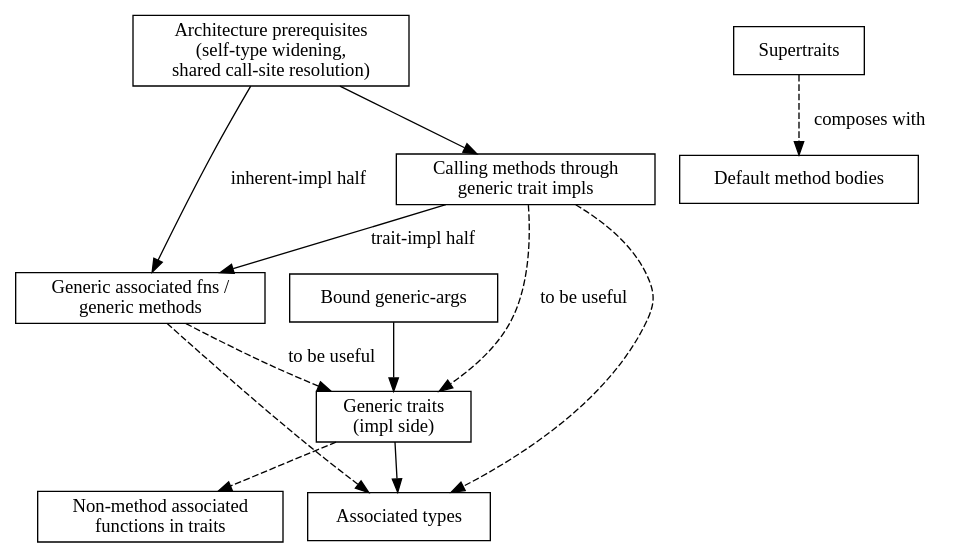
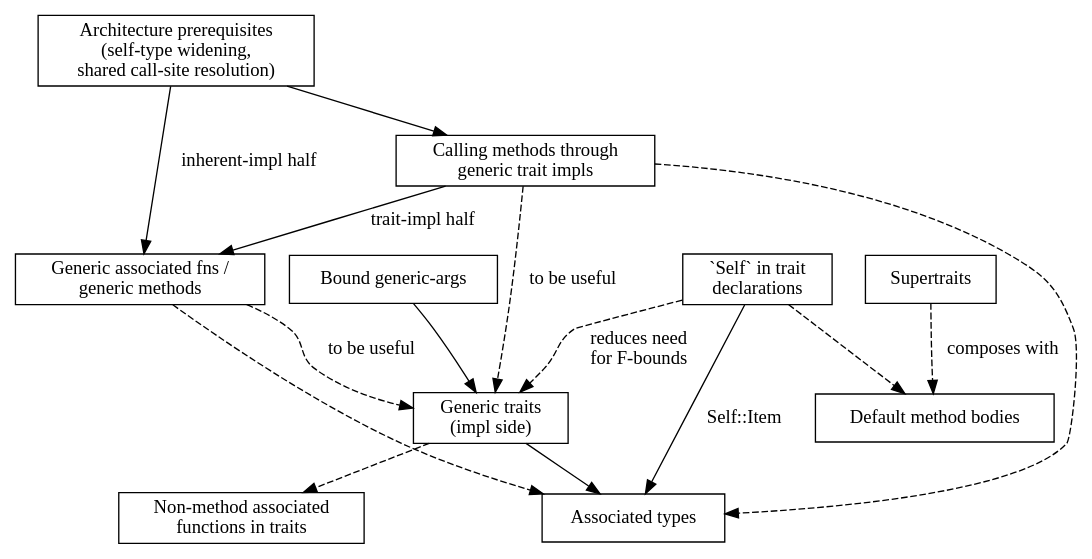
The diagram in docs/superpowers/specs/2026-08-08-generics-traits-gap-assessment-design.md (jonathanhaigh/leech), drawn with Graphviz before and after one commit. The commit also changed other lines of this file, not shown here.

First line of the commit message:
Add "Self in trait declarations" to the generics/traits roadmap

````diff
--- a/docs/superpowers/specs/2026-08-08-generics-traits-gap-assessment-design.md
+++ b/docs/superpowers/specs/2026-08-08-generics-traits-gap-assessment-design.md
@@ -555,28 +651,32 @@
 ```dot
 digraph gaps {
     rankdir=TB;
     node [shape=box];
 
     bound_args [label="Bound generic-args"];
+    self_typ [label="`Self` in trait\ndeclarations"];
     arch [label="Architecture prerequisites\n(self-type widening,\nshared call-site resolution)"];
     call_generic_impl [label="Calling methods through\ngeneric trait impls"];
     generic_methods [label="Generic associated fns /\ngeneric methods"];
     generic_traits [label="Generic traits\n(impl side)"];
     supertraits [label="Supertraits"];
     default_bodies [label="Default method bodies"];
     nonmethod_assoc [label="Non-method associated\nfunctions in traits"];
     assoc_types [label="Associated types"];
 
     arch -> call_generic_impl;
     call_generic_impl -> generic_methods [label="trait-impl half"];
     arch -> generic_methods [label="inherent-impl half"];
     bound_args -> generic_traits;
     call_generic_impl -> generic_traits [style=dashed, label="to be useful"];
     generic_methods -> generic_traits [style=dashed, label="to be useful"];
     generic_traits -> nonmethod_assoc [style=dashed];
     generic_traits -> assoc_types;
     call_generic_impl -> assoc_types [style=dashed];
     generic_methods -> assoc_types [style=dashed];
     supertraits -> default_bodies [style=dashed, label="composes with"];
+    self_typ -> assoc_types [label="Self::Item"];
+    self_typ -> default_bodies [style=dashed];
+    self_typ -> generic_traits [style=dashed, label="reduces need\nfor F-bounds"];
 }
 ```
````
